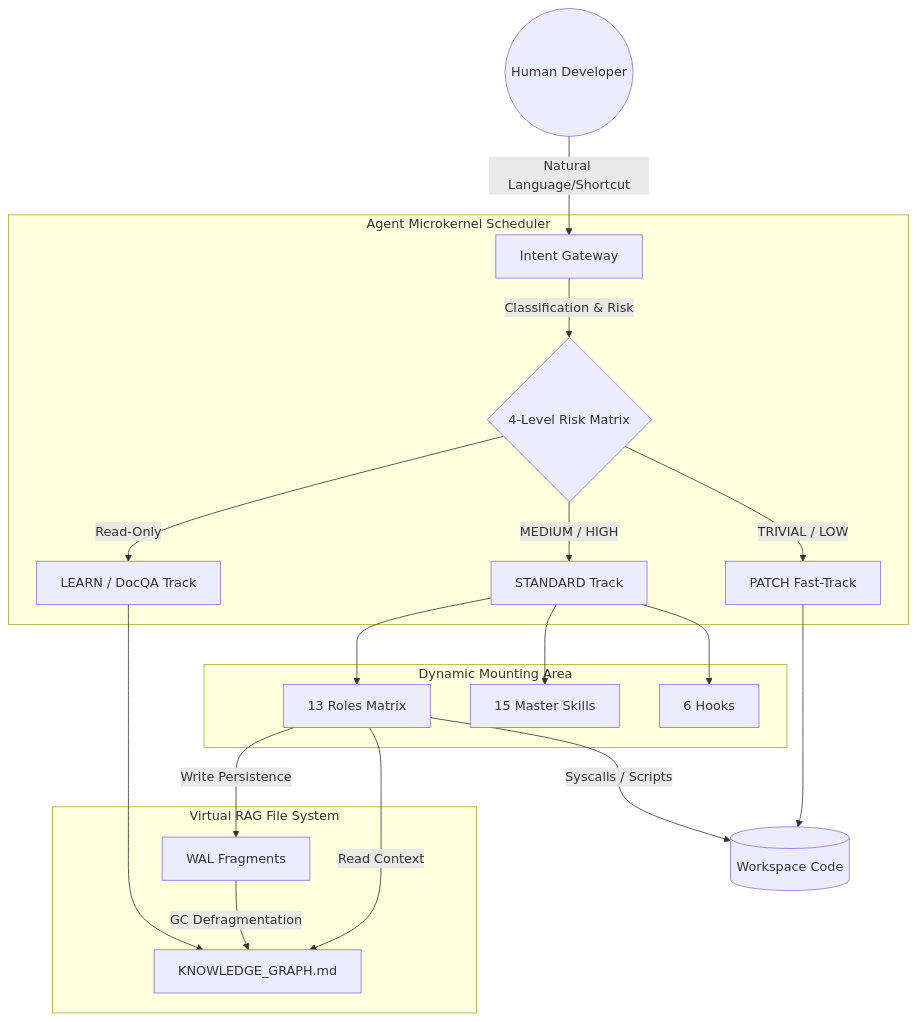
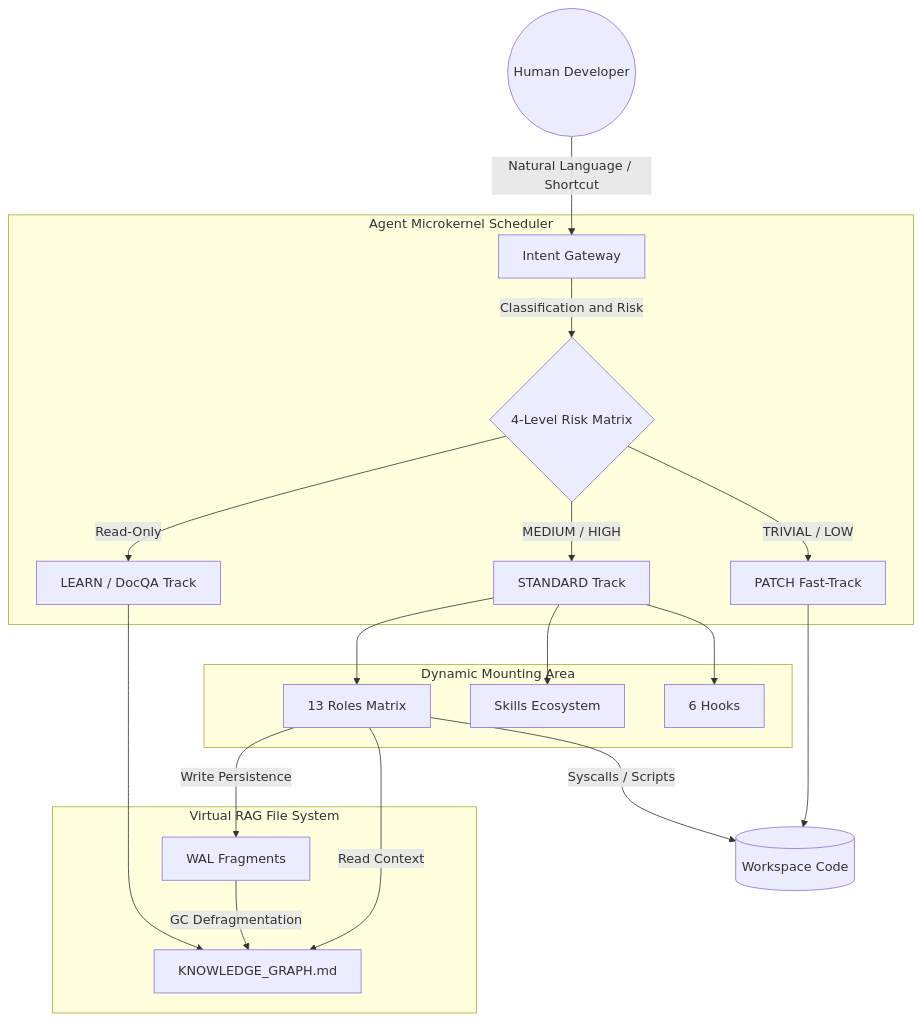
The first of 5 diagrams in ENGINEERING_MANUAL.md (listener-He/java-harness-agent), drawn with Mermaid before and after one commit. The commit also changed other lines of this file and 3 other files, not shown here.

````diff
--- a/ENGINEERING_MANUAL.md
+++ b/ENGINEERING_MANUAL.md
@@ -46,27 +46,27 @@
 ```mermaid
 graph TD
-    User((Human Developer)) -->|Natural Language/Shortcut| Gateway[Intent Gateway]
-    
-    subgraph Agent Microkernel Scheduler
-        Gateway -->|Classification & Risk| Matrix{4-Level Risk Matrix}
+    User((Human Developer)) -->|Natural Language / Shortcut| Gateway[Intent Gateway]
+
+    subgraph Scheduler [Agent Microkernel Scheduler]
+        Gateway -->|Classification and Risk| Matrix{4-Level Risk Matrix}
         Matrix -->|TRIVIAL / LOW| PatchTrack[PATCH Fast-Track]
         Matrix -->|MEDIUM / HIGH| StandardTrack[STANDARD Track]
         Matrix -->|Read-Only| LearnTrack[LEARN / DocQA Track]
     end
-    
-    subgraph Dynamic Mounting Area
+
+    subgraph Mounting [Dynamic Mounting Area]
         StandardTrack --> Roles[13 Roles Matrix]
-        StandardTrack --> Skills[15 Master Skills]
+        StandardTrack --> Skills[Skills Ecosystem]
         StandardTrack --> Hooks[6 Hooks]
     end
-    
-    subgraph Virtual RAG File System
+
+    subgraph RAG_FS [Virtual RAG File System]
         Roles -->|Read Context| KGraph[KNOWLEDGE_GRAPH.md]
         Roles -->|Write Persistence| WAL[WAL Fragments]
         WAL -->|GC Defragmentation| KGraph
     end
-    
+
     PatchTrack --> CodeBase[(Workspace Code)]
     Roles -->|Syscalls / Scripts| CodeBase
     LearnTrack --> KGraph
 ```
````
